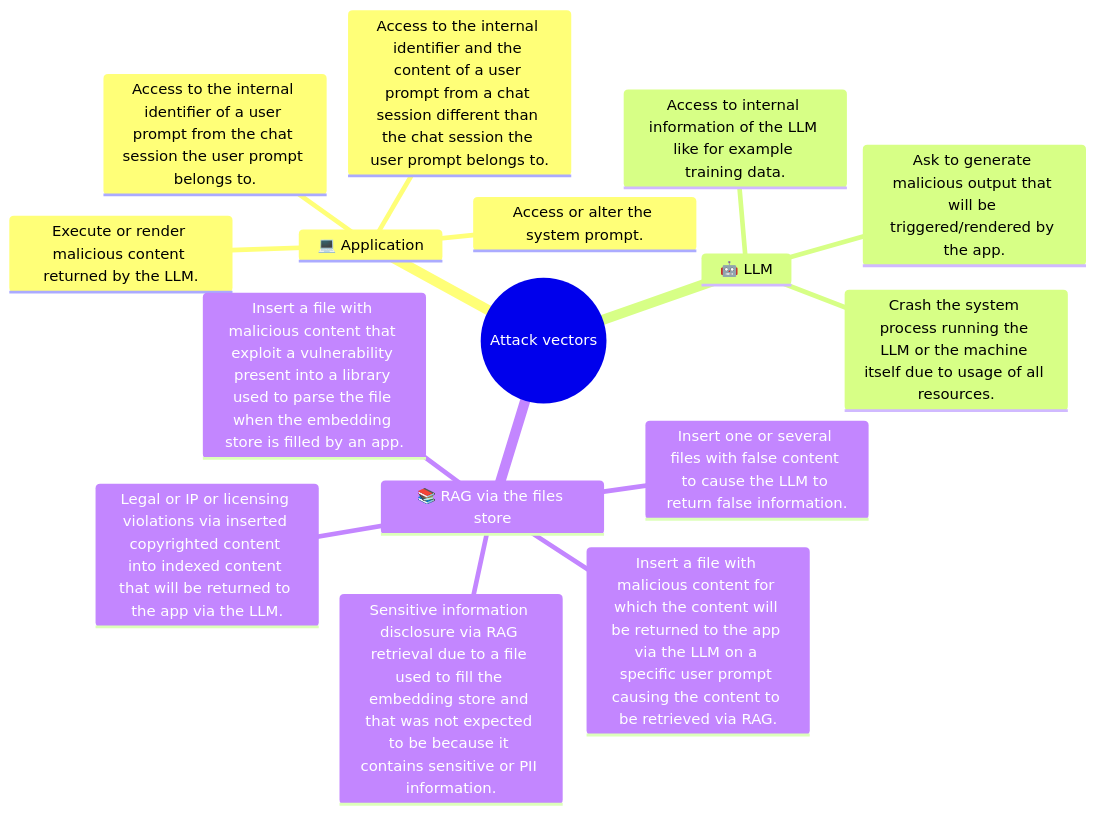
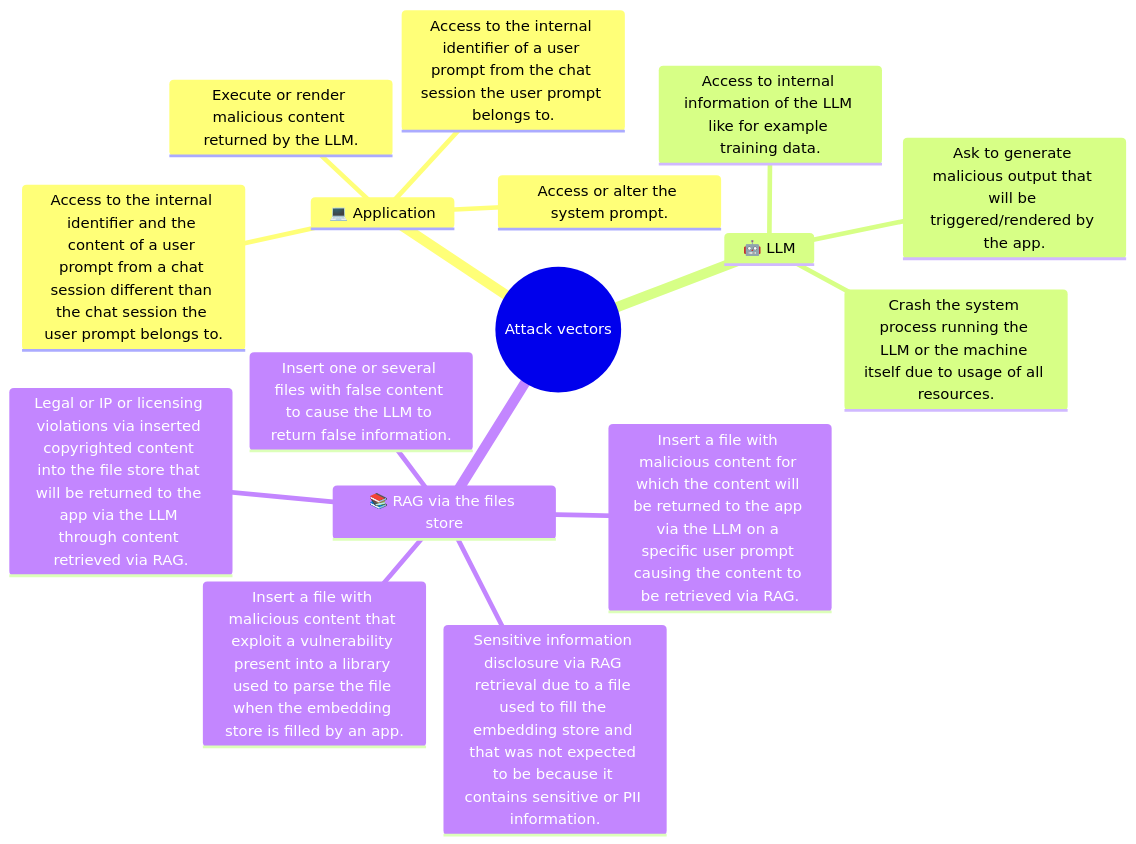
One commit to righettod/poc-llm changed the diagram in README.md. Above: the diagram before and after it, drawn with Mermaid.

````diff
--- a/README.md
+++ b/README.md
@@ -47,19 +47,19 @@
 ```mermaid
 mindmap
   root((Attack vectors))
     💻 Application
         Access or alter the system prompt.
         Execute or render malicious content returned by the LLM.
         Access to the internal identifier of a user prompt from the chat session the user prompt belongs to.
         Access to the internal identifier and the content of a user prompt from a chat session different than the chat session the user prompt belongs to.
     🤖 LLM
         Access to internal information of the LLM like for example training data.
         Ask to generate malicious output that will be triggered/rendered by the app.
         Crash the system process running the LLM or the machine itself due to usage of all resources.
     📚 RAG via the files store
         Insert a file with malicious content for which the content will be returned to the app via the LLM on a specific user prompt causing the content to be retrieved via RAG.
         Insert a file with malicious content that exploit a vulnerability present into a library used to parse the file when the embedding store is filled by an app.
         Sensitive information disclosure via RAG retrieval due to a file used to fill the embedding store and that was not expected to be because it contains sensitive or PII information.
         Insert one or several files with false content to cause the LLM to return false information.
-        Legal or IP or licensing violations via inserted copyrighted content into indexed content that will be returned to the app via the LLM.
+        Legal or IP or licensing violations via inserted copyrighted content into the file store that will be returned to the app via the LLM through content retrieved via RAG.
 ```
````
